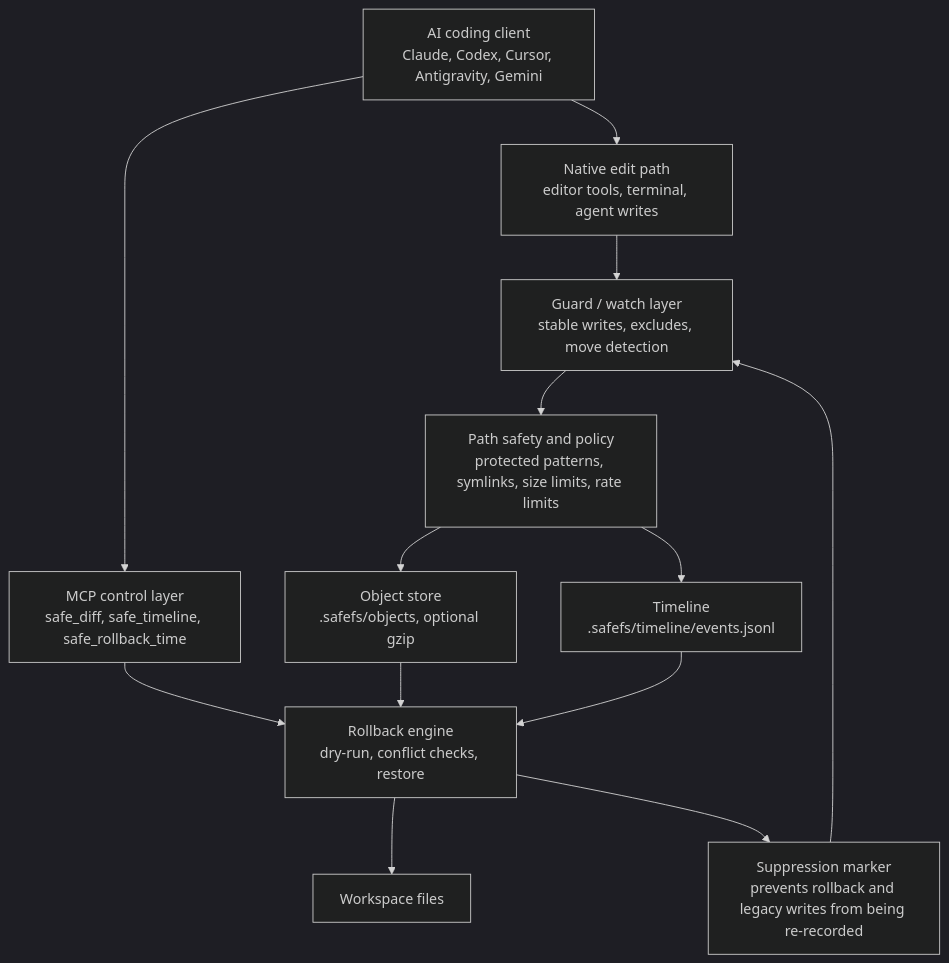
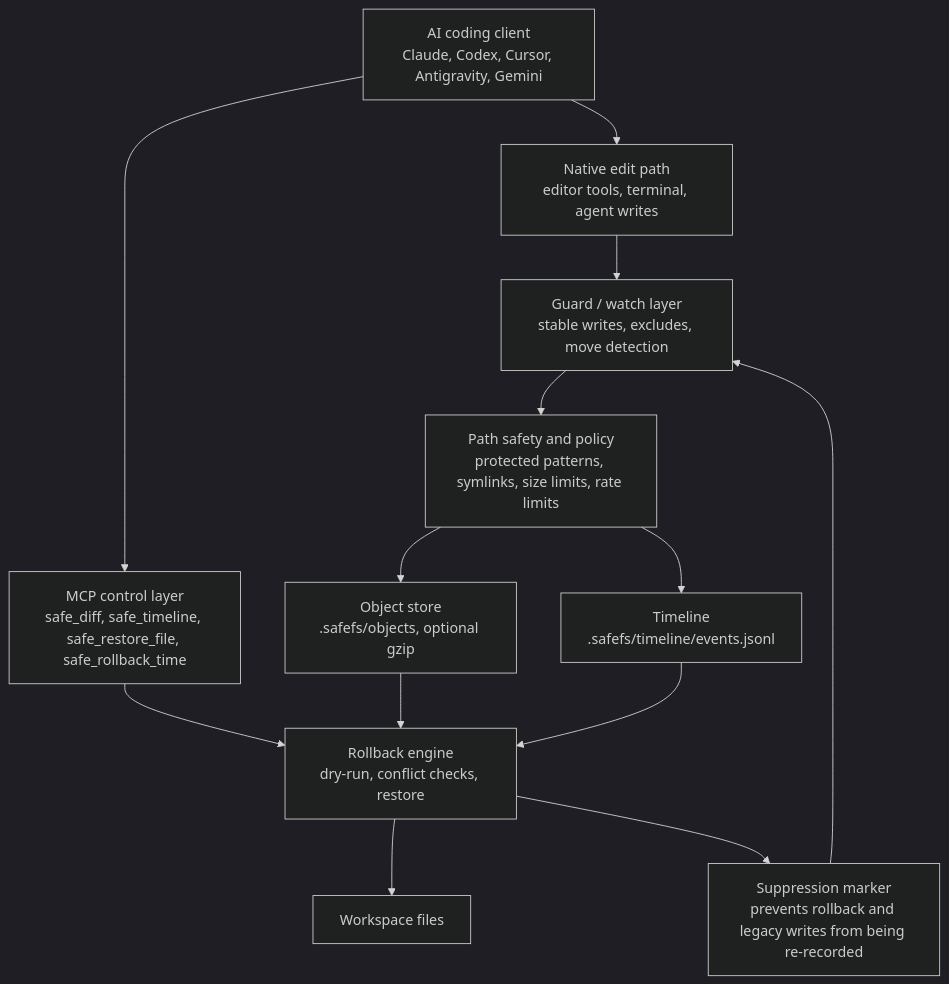
One commit to TEKERGUL/safefs-mcp changed the diagram in README.md. Above: the diagram before and after it, drawn with Mermaid (dark theme). The commit also changed other lines of this file and 9 other files, not shown here.

Commit message:
Add single-file restore MCP tool

````diff
--- a/README.md
+++ b/README.md
@@ -384,15 +398,15 @@
 ```mermaid
 flowchart TD
   A["AI coding client<br/>Claude, Codex, Cursor, Antigravity, Gemini"] --> B["Native edit path<br/>editor tools, terminal, agent writes"]
-  A --> C["MCP control layer<br/>safe_diff, safe_timeline, safe_rollback_time"]
+  A --> C["MCP control layer<br/>safe_diff, safe_timeline, safe_restore_file, safe_rollback_time"]
   B --> D["Guard / watch layer<br/>stable writes, excludes, move detection"]
   D --> E["Path safety and policy<br/>protected patterns, symlinks, size limits, rate limits"]
   E --> F["Object store<br/>.safefs/objects, optional gzip"]
   E --> G["Timeline<br/>.safefs/timeline/events.jsonl"]
   C --> H["Rollback engine<br/>dry-run, conflict checks, restore"]
   F --> H
   G --> H
   H --> I["Workspace files"]
   H --> J["Suppression marker<br/>prevents rollback and legacy writes from being re-recorded"]
   J --> D
 ```
````
